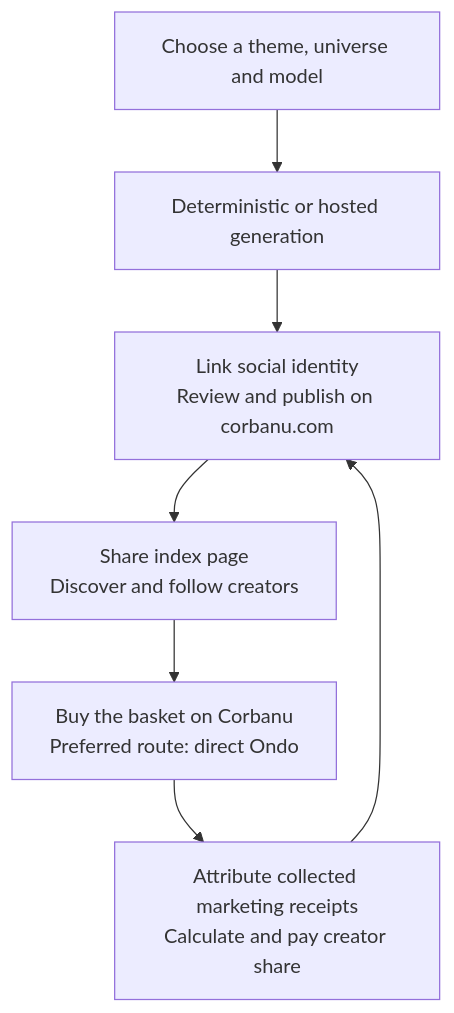
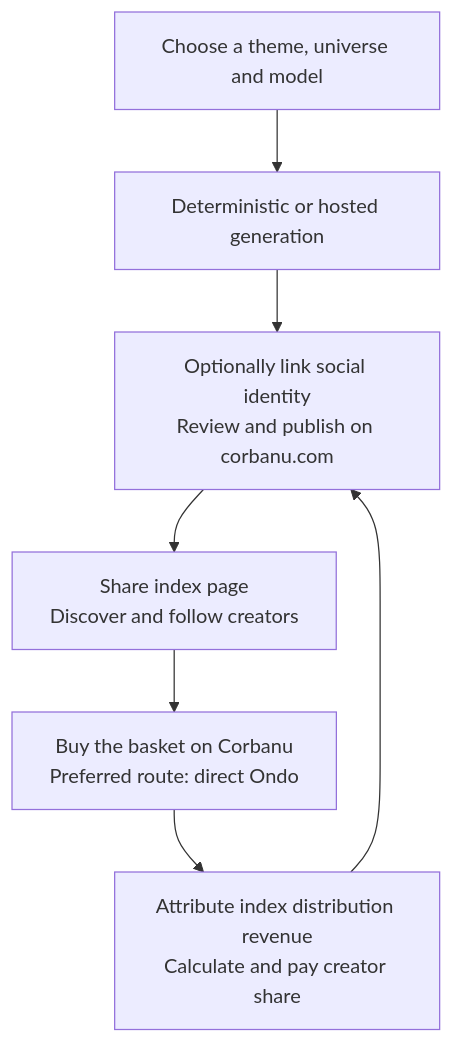
One commit to postfiatorg/postfiatorg.github.io changed the second of 9 diagrams in content/research/ai-indexing-company.md. Above: the diagram before and after it, drawn with Mermaid. The commit also changed other lines of this file and 2 other files, not shown here.

Commit message:
Publish concise AIC rewrite with clarified economics and founder terms

````diff
--- a/content/research/ai-indexing-company.md
+++ b/content/research/ai-indexing-company.md
@@ -147,9 +80,9 @@
 ```mermaid
 flowchart TB
     Theme["Choose a theme, universe and model"] --> Mode["Deterministic or hosted generation"]
-    Mode --> Profile["Link social identity\nReview and publish on corbanu.com"]
+    Mode --> Profile["Optionally link social identity\nReview and publish on corbanu.com"]
     Profile --> Share["Share index page\nDiscover and follow creators"]
     Share --> Buy["Buy the basket on Corbanu\nPreferred route: direct Ondo"]
-    Buy --> Revenue["Attribute collected marketing receipts\nCalculate and pay creator share"]
+    Buy --> Revenue["Attribute index distribution revenue\nCalculate and pay creator share"]
     Revenue --> Profile
 ```
````
